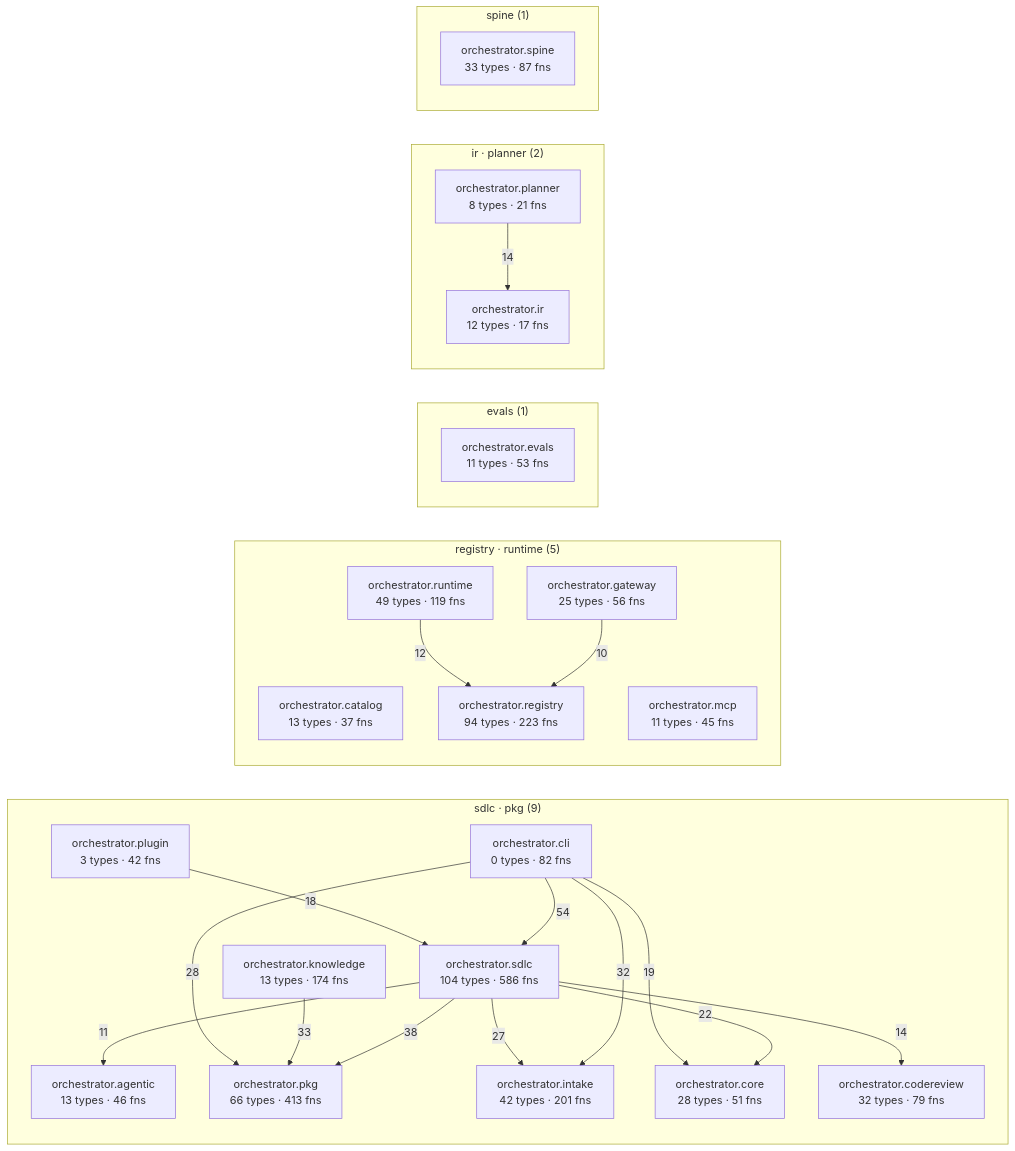
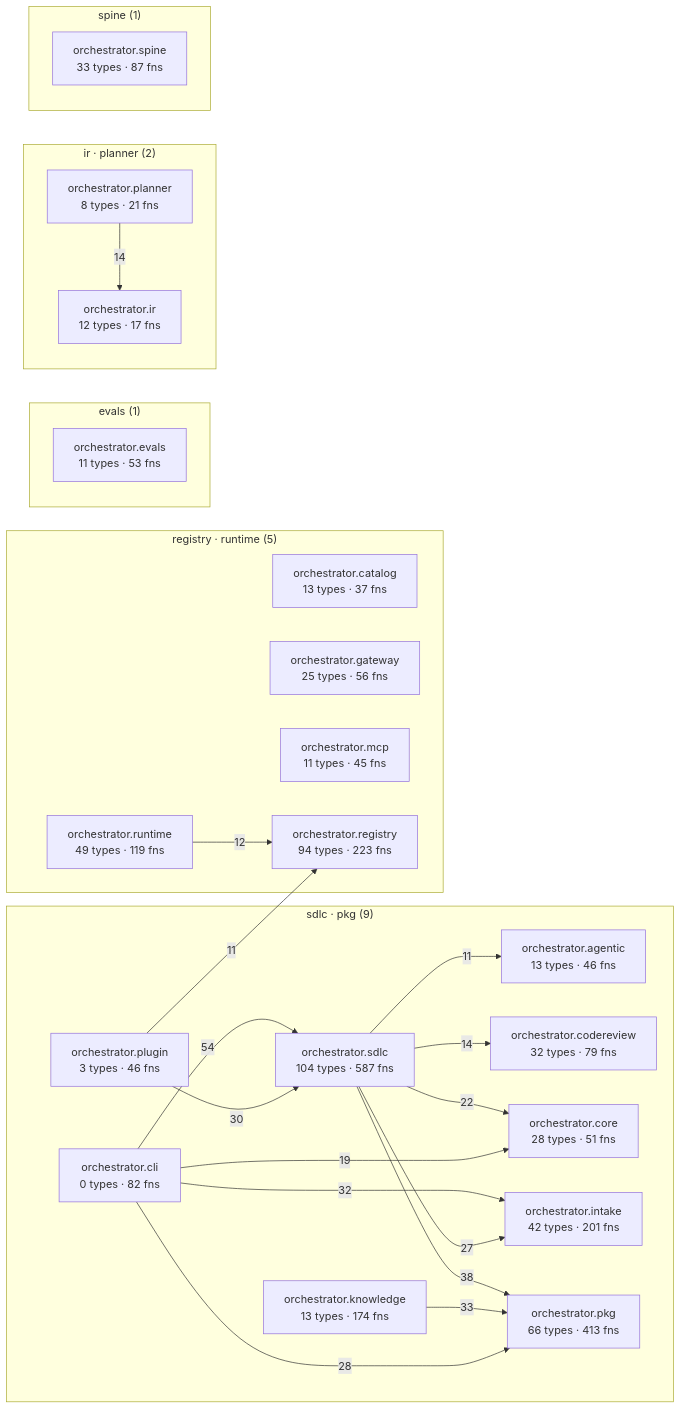
The diagram in episteme/architecture.md (synaptixs/spine), drawn with Mermaid before and after one commit. The commit also changed other lines of this file and 14 other files, not shown here.

````diff
--- a/episteme/architecture.md
+++ b/episteme/architecture.md
@@ -54,45 +54,45 @@
 ```mermaid
 flowchart LR
   subgraph c_1["sdlc · pkg (9)"]
     aorchestratoragentic["orchestrator.agentic<br/>13 types · 46 fns"]
     aorchestratorcli["orchestrator.cli<br/>0 types · 82 fns"]
     aorchestratorcodereview["orchestrator.codereview<br/>32 types · 79 fns"]
     aorchestratorcore["orchestrator.core<br/>28 types · 51 fns"]
     aorchestratorintake["orchestrator.intake<br/>42 types · 201 fns"]
     aorchestratorknowledge["orchestrator.knowledge<br/>13 types · 174 fns"]
     aorchestratorpkg["orchestrator.pkg<br/>66 types · 413 fns"]
-    aorchestratorplugin["orchestrator.plugin<br/>3 types · 42 fns"]
-    aorchestratorsdlc["orchestrator.sdlc<br/>104 types · 586 fns"]
+    aorchestratorplugin["orchestrator.plugin<br/>3 types · 46 fns"]
+    aorchestratorsdlc["orchestrator.sdlc<br/>104 types · 587 fns"]
   end
   subgraph c_3["registry · runtime (5)"]
     aorchestratorcatalog["orchestrator.catalog<br/>13 types · 37 fns"]
     aorchestratorgateway["orchestrator.gateway<br/>25 types · 56 fns"]
     aorchestratormcp["orchestrator.mcp<br/>11 types · 45 fns"]
     aorchestratorregistry["orchestrator.registry<br/>94 types · 223 fns"]
     aorchestratorruntime["orchestrator.runtime<br/>49 types · 119 fns"]
   end
   subgraph c_5["evals (1)"]
     aorchestratorevals["orchestrator.evals<br/>11 types · 53 fns"]
   end
   subgraph c_7["ir · planner (2)"]
     aorchestratorir["orchestrator.ir<br/>12 types · 17 fns"]
     aorchestratorplanner["orchestrator.planner<br/>8 types · 21 fns"]
   end
   subgraph c_10["spine (1)"]
     aorchestratorspine["orchestrator.spine<br/>33 types · 87 fns"]
   end
   aorchestratorcli -->|54| aorchestratorsdlc
   aorchestratorsdlc -->|38| aorchestratorpkg
   aorchestratorknowledge -->|33| aorchestratorpkg
   aorchestratorcli -->|32| aorchestratorintake
+  aorchestratorplugin -->|30| aorchestratorsdlc
   aorchestratorcli -->|28| aorchestratorpkg
   aorchestratorsdlc -->|27| aorchestratorintake
   aorchestratorsdlc -->|22| aorchestratorcore
   aorchestratorcli -->|19| aorchestratorcore
-  aorchestratorplugin -->|18| aorchestratorsdlc
   aorchestratorplanner -->|14| aorchestratorir
   aorchestratorsdlc -->|14| aorchestratorcodereview
   aorchestratorruntime -->|12| aorchestratorregistry
+  aorchestratorplugin -->|11| aorchestratorregistry
   aorchestratorsdlc -->|11| aorchestratoragentic
-  aorchestratorgateway -->|10| aorchestratorregistry
 ```
````
